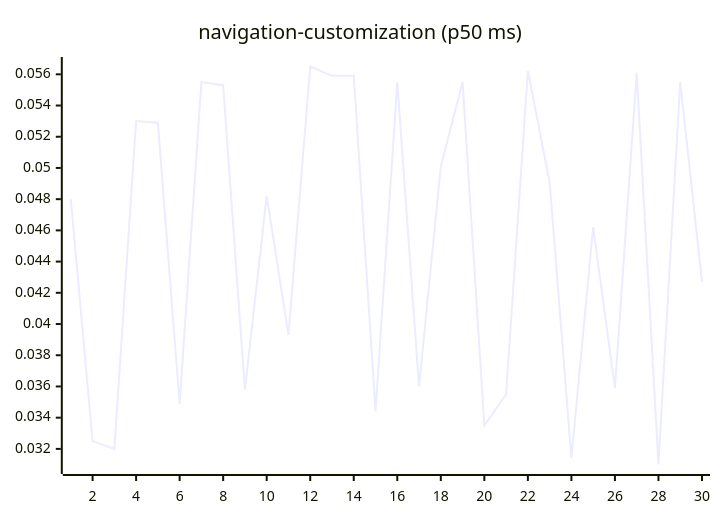
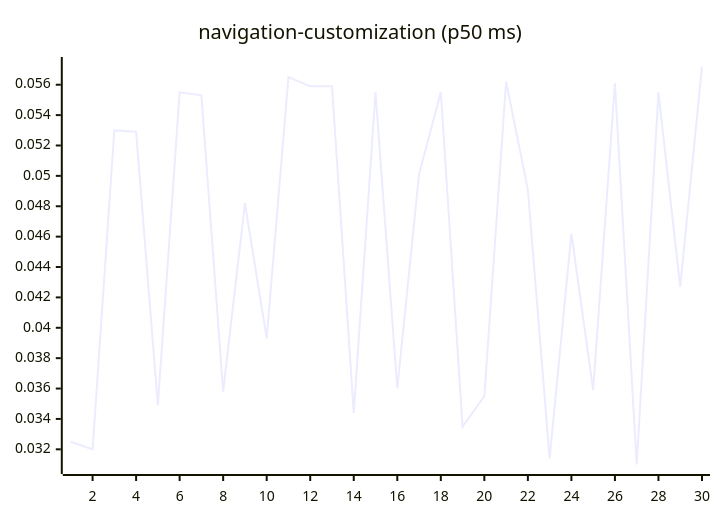
Before and after one commit to josha/Facet: diagram 15 of 27 in README.md, drawn with Mermaid. The commit also changed other lines of this file and 2 other files, not shown here.

````diff
--- a/README.md
+++ b/README.md
@@ -161,6 +161,6 @@
 ```mermaid
 xychart-beta
     title "navigation-customization (p50 ms)"
     x-axis 1 --> 30
-    line [0.0480, 0.0325, 0.0320, 0.0530, 0.0529, 0.0349, 0.0555, 0.0553, 0.0358, 0.0482, 0.0393, 0.0565, 0.0559, 0.0559, 0.0344, 0.0555, 0.0360, 0.0501, 0.0555, 0.0335, 0.0355, 0.0562, 0.0491, 0.0314, 0.0462, 0.0359, 0.0561, 0.0310, 0.0555, 0.0427]
+    line [0.0325, 0.0320, 0.0530, 0.0529, 0.0349, 0.0555, 0.0553, 0.0358, 0.0482, 0.0393, 0.0565, 0.0559, 0.0559, 0.0344, 0.0555, 0.0360, 0.0501, 0.0555, 0.0335, 0.0355, 0.0562, 0.0491, 0.0314, 0.0462, 0.0359, 0.0561, 0.0310, 0.0555, 0.0427, 0.0572]
 ```
````
